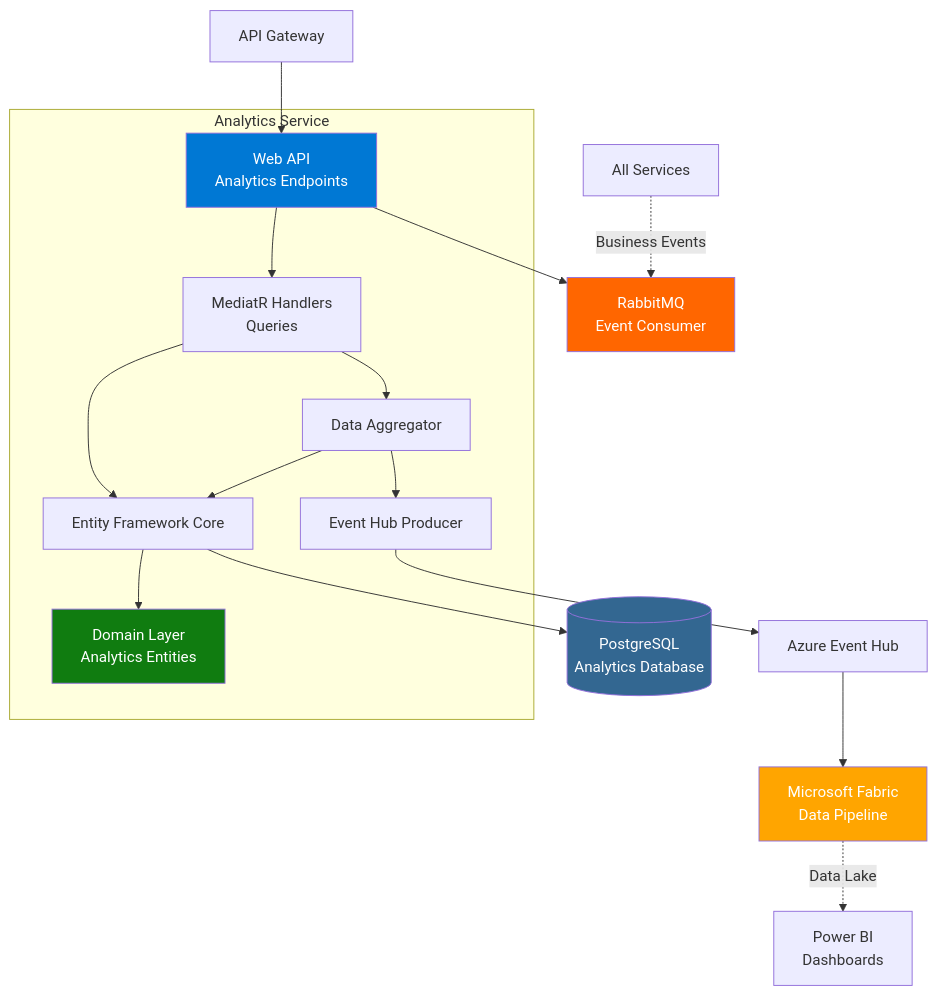
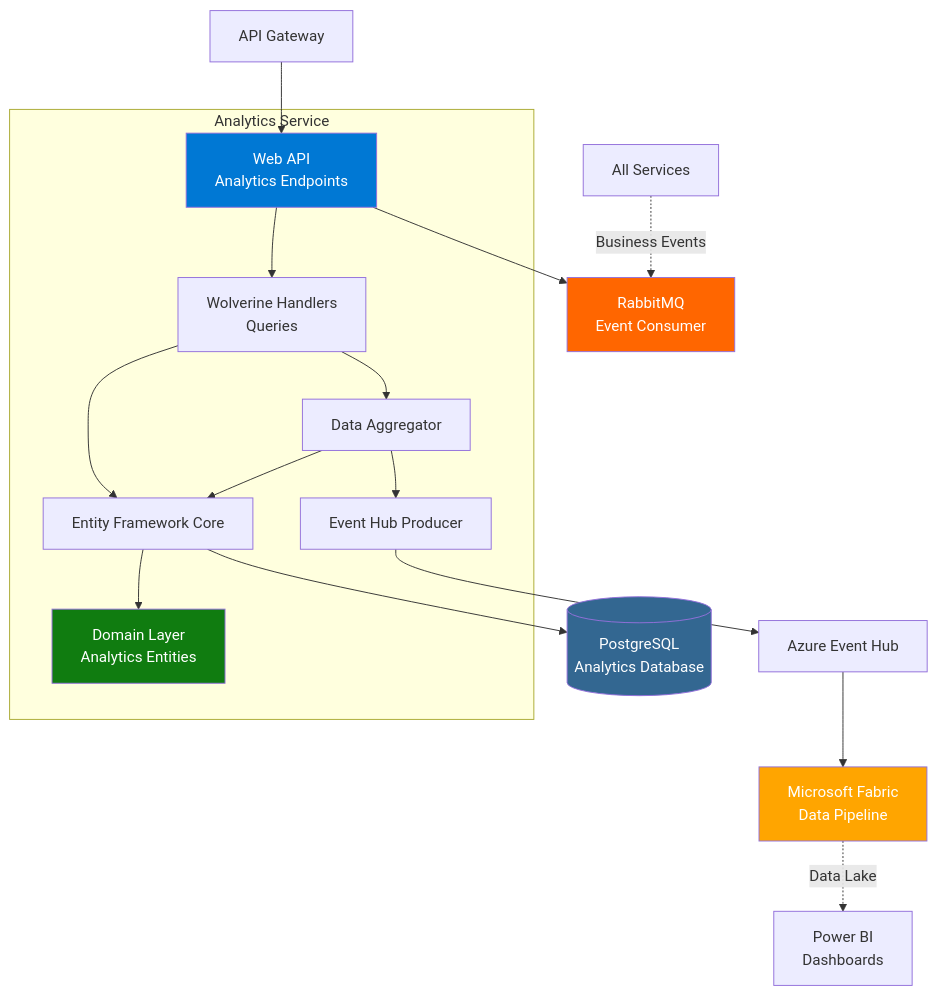
Before and after one commit to joriente/microservices: the first of 4 diagrams in docs/Services/AnalyticsService.md, drawn with Mermaid. The commit also changed other lines of this file and 87 other files, not shown here.

````diff
--- a/docs/Services/AnalyticsService.md
+++ b/docs/Services/AnalyticsService.md
@@ -11,33 +11,33 @@
 ```mermaid
 graph TB
     subgraph "Analytics Service"
         API[Web API<br/>Analytics Endpoints]
-        Handlers[MediatR Handlers<br/>Queries]
+        Handlers[Wolverine Handlers<br/>Queries]
         Aggregator[Data Aggregator]
         EFCore[Entity Framework Core]
         Domain[Domain Layer<br/>Analytics Entities]
         EventHub[Event Hub Producer]
         
         API --> Handlers
         Handlers --> Aggregator
         Handlers --> EFCore
         Aggregator --> EFCore
         Aggregator --> EventHub
         EFCore --> Domain
     end
     
     API --> RabbitMQ[RabbitMQ<br/>Event Consumer]
     EFCore --> PostgreSQL[(PostgreSQL<br/>Analytics Database)]
     EventHub --> AzureEventHub[Azure Event Hub]
     AzureEventHub --> Fabric[Microsoft Fabric<br/>Data Pipeline]
     
     Gateway[API Gateway] --> API
     AllServices[All Services] -.->|Business Events| RabbitMQ
     Fabric -.->|Data Lake| PowerBI[Power BI<br/>Dashboards]
     
     style API fill:#0078d4,color:#fff
     style Domain fill:#107c10,color:#fff
     style PostgreSQL fill:#336791,color:#fff
     style RabbitMQ fill:#FF6600,color:#fff
     style Fabric fill:#FFA500,color:#fff
 ```
````
